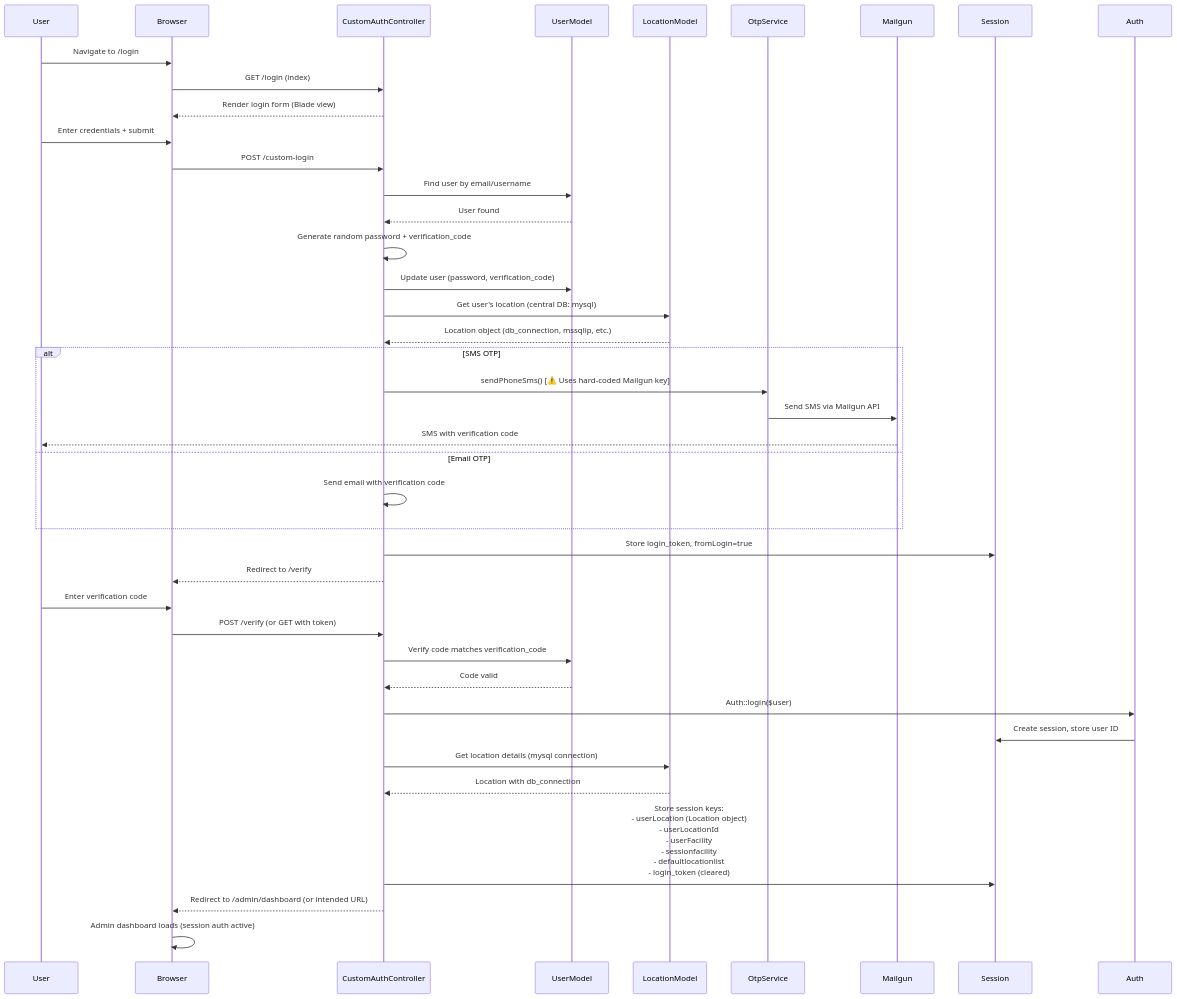
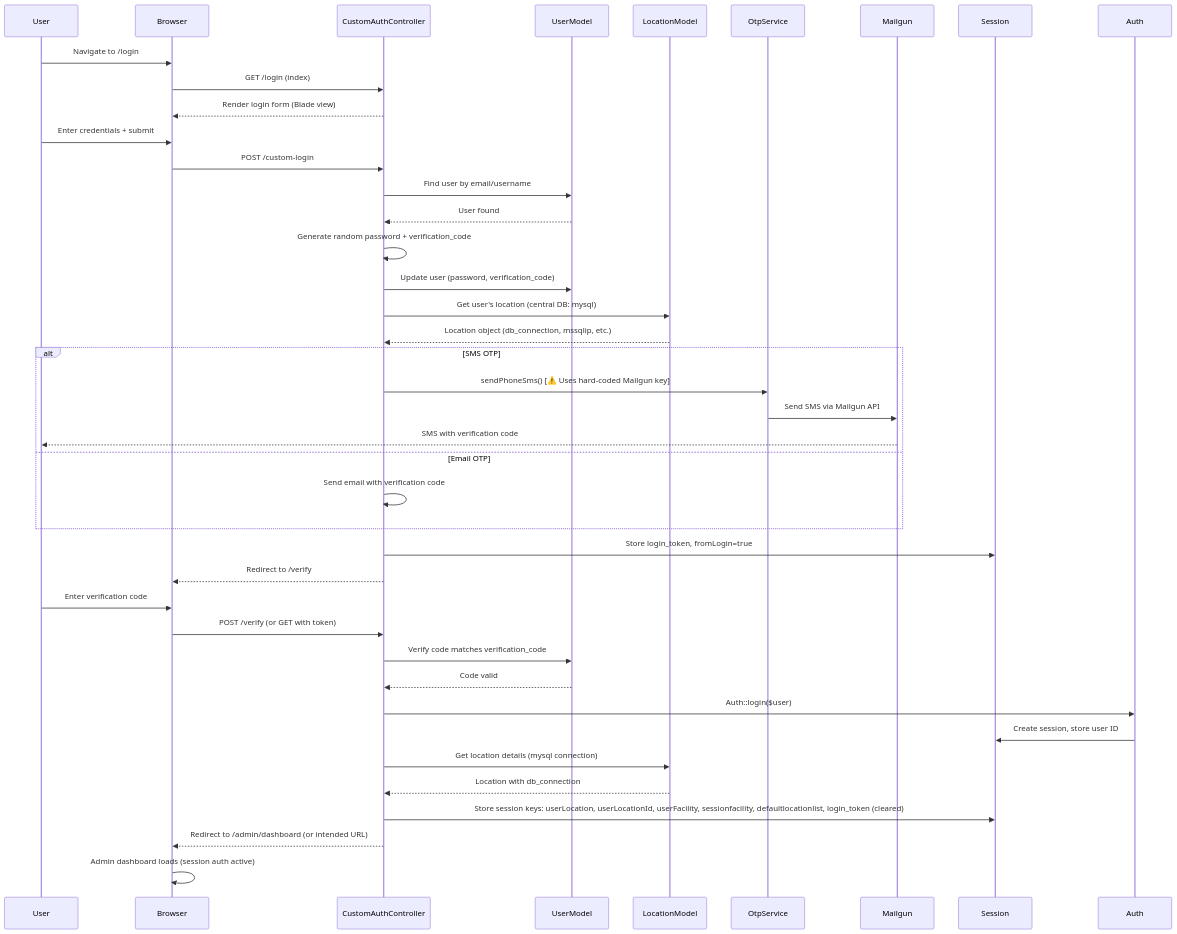
The diagram in visual-demo/frontend/public/diagrams/flows_auth-flow.md_01.mmd (Aaron071982/boca340b-visuals-demo), drawn with Mermaid before and after one commit. The commit also changed 30 other files, not shown here.

First line of the commit message:
Add Manage Admins, fix logout confirmation, diagrams, and UI polish

```diff
--- a/visual-demo/frontend/public/diagrams/flows_auth-flow.md_01.mmd
+++ b/visual-demo/frontend/public/diagrams/flows_auth-flow.md_01.mmd
@@ -1,51 +1,51 @@
 sequenceDiagram
     participant User
     participant Browser
     participant CustomAuthController
     participant UserModel
     participant LocationModel
     participant OtpService
     participant Mailgun
     participant Session
     participant Auth
     
     User->>Browser: Navigate to /login
     Browser->>CustomAuthController: GET /login (index)
     CustomAuthController-->>Browser: Render login form (Blade view)
     
     User->>Browser: Enter credentials + submit
     Browser->>CustomAuthController: POST /custom-login
     CustomAuthController->>UserModel: Find user by email/username
     UserModel-->>CustomAuthController: User found
     
     CustomAuthController->>CustomAuthController: Generate random password + verification_code
     CustomAuthController->>UserModel: Update user (password, verification_code)
     CustomAuthController->>LocationModel: Get user's location (central DB: mysql)
     LocationModel-->>CustomAuthController: Location object (db_connection, mssqlip, etc.)
     
     alt SMS OTP
         CustomAuthController->>OtpService: sendPhoneSms() [⚠️ Uses hard-coded Mailgun key]
         OtpService->>Mailgun: Send SMS via Mailgun API
         Mailgun-->>User: SMS with verification code
     else Email OTP
         CustomAuthController->>CustomAuthController: Send email with verification code
     end
     
     CustomAuthController->>Session: Store login_token, fromLogin=true
     CustomAuthController-->>Browser: Redirect to /verify
     
     User->>Browser: Enter verification code
     Browser->>CustomAuthController: POST /verify (or GET with token)
     CustomAuthController->>UserModel: Verify code matches verification_code
     UserModel-->>CustomAuthController: Code valid
     
     CustomAuthController->>Auth: Auth::login($user)
     Auth->>Session: Create session, store user ID
     
     CustomAuthController->>LocationModel: Get location details (mysql connection)
     LocationModel-->>CustomAuthController: Location with db_connection
     
-    CustomAuthController->>Session: Store session keys:<br/>- userLocation (Location object)<br/>- userLocationId<br/>- userFacility<br/>- sessionfacility<br/>- defaultlocationlist<br/>- login_token (cleared)
+    CustomAuthController->>Session: Store session keys: userLocation, userLocationId, userFacility, sessionfacility, defaultlocationlist, login_token (cleared)
     
     CustomAuthController-->>Browser: Redirect to /admin/dashboard (or intended URL)
     Browser->>Browser: Admin dashboard loads (session auth active)
```
